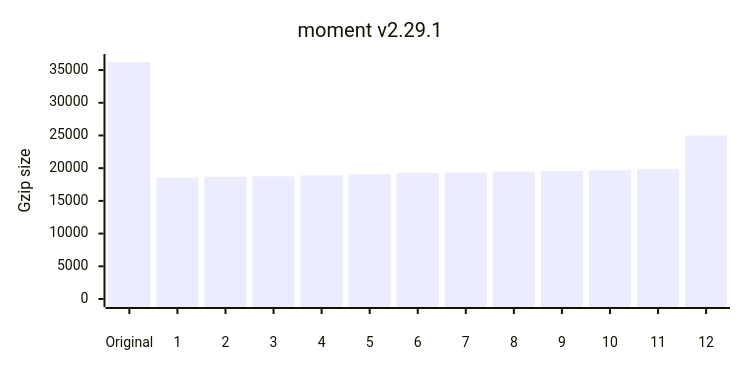
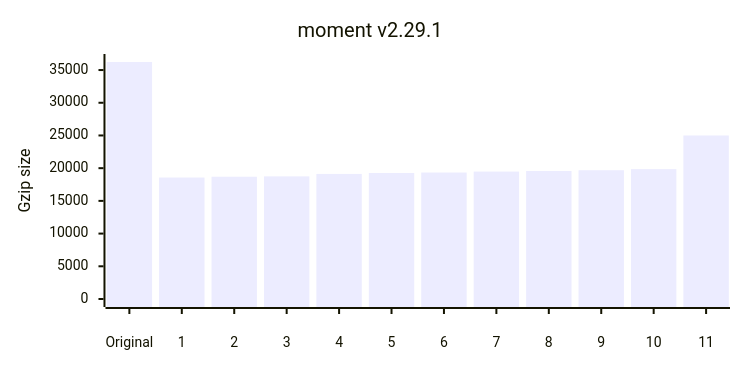
One commit to privatenumber/minification-benchmarks changed the second of 12 diagrams in README.md. Above: the diagram before and after it, drawn with Mermaid. The commit also changed other lines of this file and 1 other file, not shown here.

````diff
--- a/README.md
+++ b/README.md
@@ -117,17 +117,17 @@
 ```mermaid
 ---
 config:
     xyChart:
         width: 720
         height: 360
         xAxis:
             labelPadding: 20
         yAxis:
             labelPadding: 10
 ---
 xychart-beta
 	title "moment v2.29.1"
-	x-axis ["Original",1,2,3,4,5,6,7,8,9,10,11,12]
+	x-axis ["Original",1,2,3,4,5,6,7,8,9,10,11]
 	y-axis "Gzip size" 0 --> 36231
-	bar [36231,18568,18690,18746,18910,19119,19260,19334,19478,19569,19683,19857,24998]
+	bar [36231,18568,18690,18746,19119,19260,19334,19478,19569,19683,19857,24998]
 ```
````
